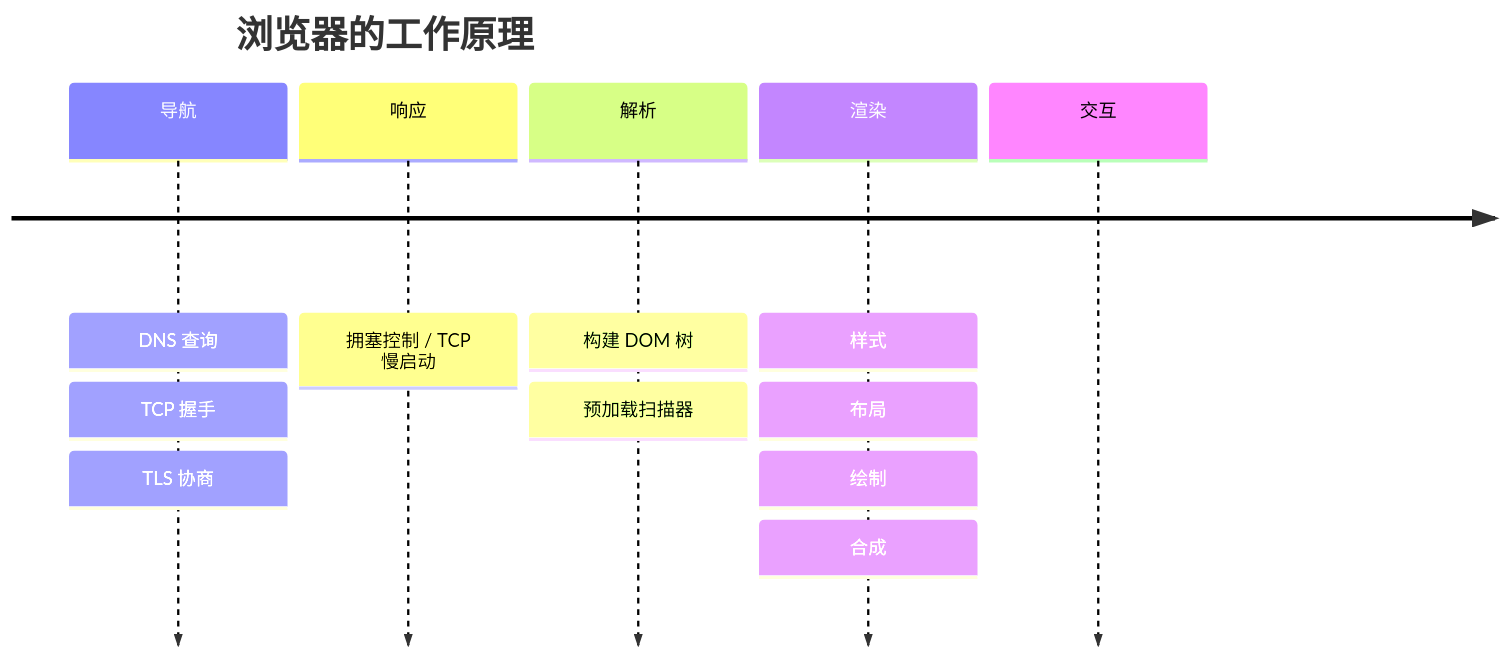
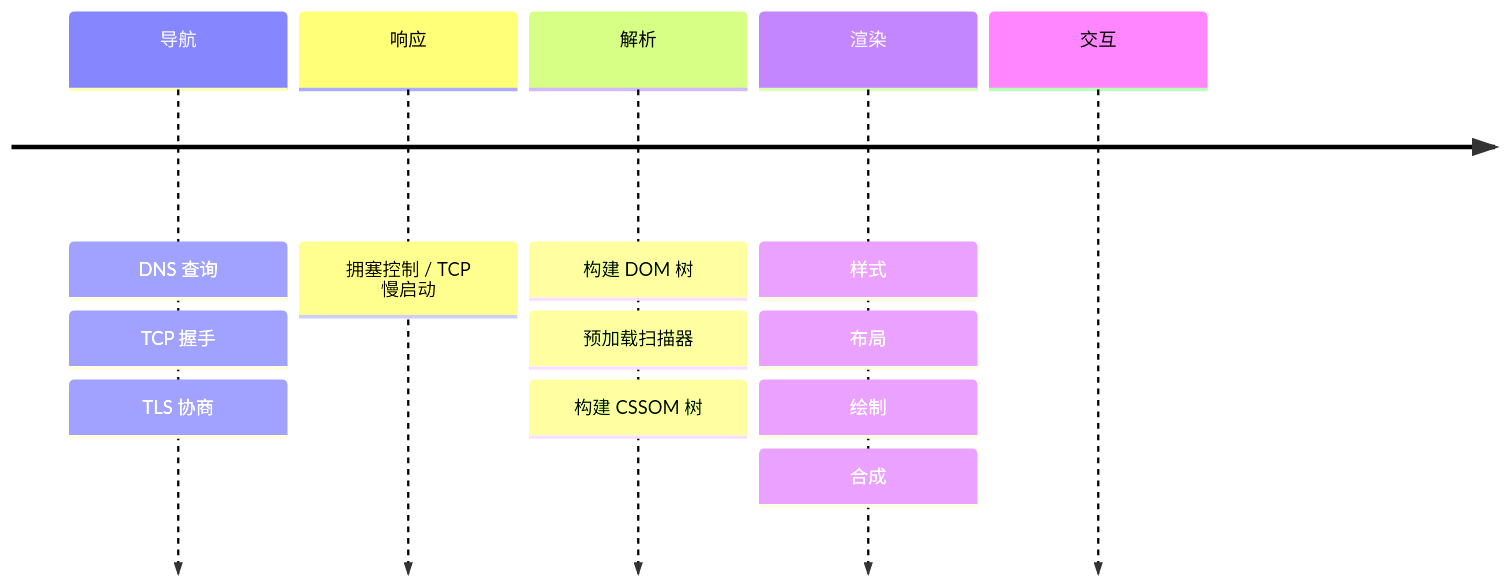
The first of 2 diagrams in js/首屏加载优化.md (ShineByPupil/document), drawn with Mermaid before and after one commit. The commit also changed other lines of this file, not shown here.

````diff
--- a/js/首屏加载优化.md
+++ b/js/首屏加载优化.md
@@ -3,9 +3,8 @@
 ```mermaid
 timeline
-    title 浏览器的工作原理
     导航: DNS 查询: TCP 握手: TLS 协商
     响应: 拥塞控制 / TCP 慢启动
-    解析: 构建 DOM 树: 预加载扫描器
+    解析: 构建 DOM 树: 预加载扫描器: 构建 CSSOM 树
     渲染: 样式: 布局: 绘制: 合成
     交互
 ```
````
